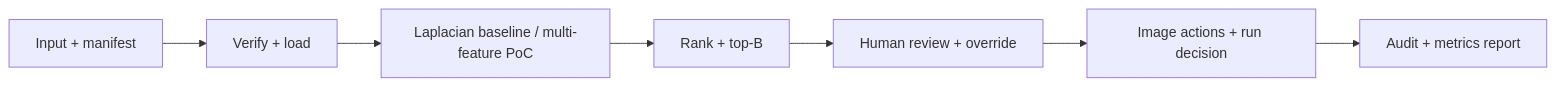
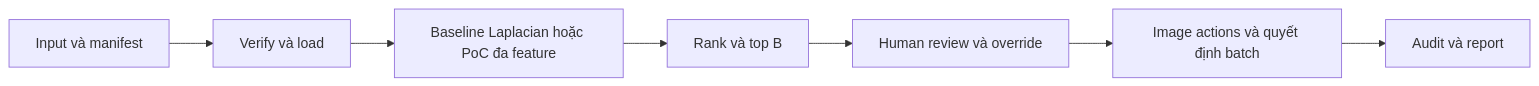
The diagram in reports/group_report.md (trahoangdev/K5-Day6-L2B-HoangTrongTra-2A202603342-DataGovernanceAndPrivacy), drawn with Mermaid before and after one commit. The commit also changed other lines of this file and 2 other files, not shown here.

Commit message:
docs(team06): align report, metric contract and contributions with templates

````diff
--- a/reports/group_report.md
+++ b/reports/group_report.md
@@ -17,9 +46,9 @@
 ```mermaid
 flowchart LR
-  A[Input + manifest] --> B[Verify + load]
-  B --> C[Laplacian baseline / multi-feature PoC]
-  C --> D[Rank + top-B]
-  D --> E[Human review + override]
-  E --> F[Image actions + run decision]
-  F --> G[Audit + metrics report]
+  A[Input và manifest] --> B[Verify và load]
+  B --> C[Baseline Laplacian hoặc PoC đa feature]
+  C --> D[Rank và top B]
+  D --> E[Human review và override]
+  E --> F[Image actions và quyết định batch]
+  F --> G[Audit và report]
 ```
````
